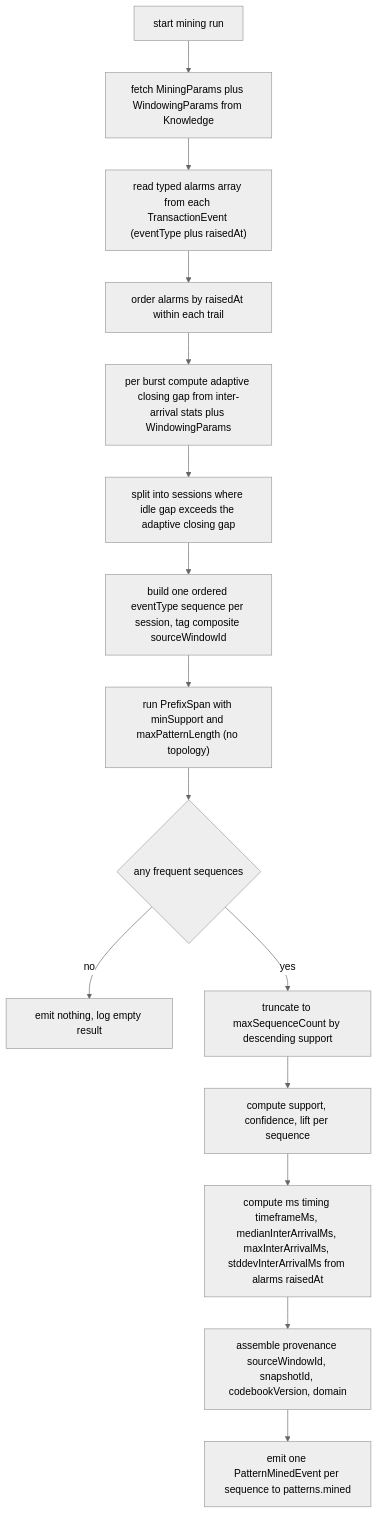
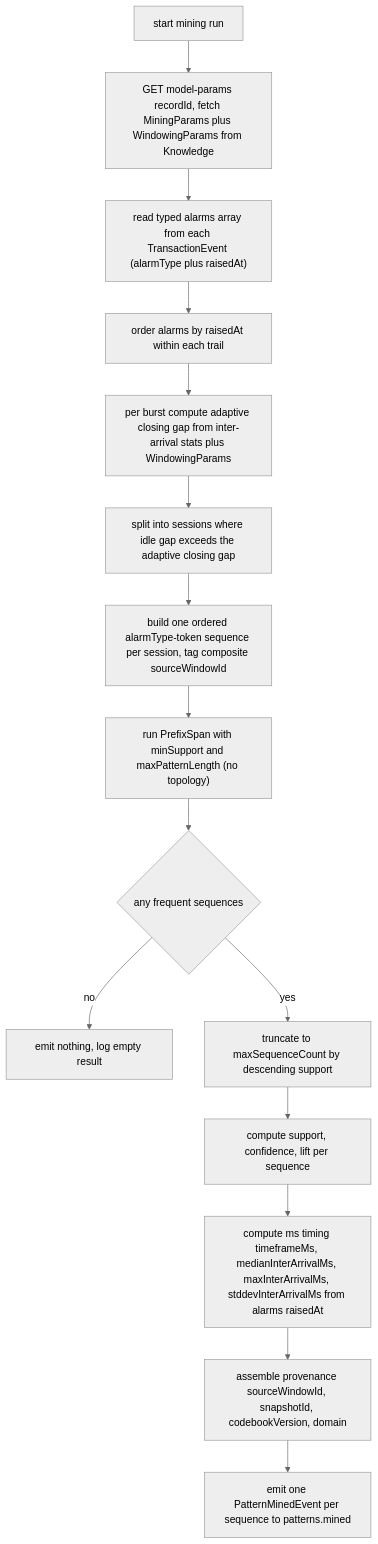
Before and after one commit to nikhilmohan/correlation-platform: the fourth of 4 diagrams in services/pattern-miner/design.md, drawn with Mermaid (neutral theme). The commit also changed other lines of this file and 1 other file, not shown here.

First line of the commit message:
design(pattern-miner): mine sequence from alarmType, six-field alarms[], pin Knowledge endpoint

````diff
--- a/services/pattern-miner/design.md
+++ b/services/pattern-miner/design.md
@@ -247,17 +268,17 @@
 ```mermaid
 flowchart TD
-  S["start mining run"] --> P["fetch MiningParams plus WindowingParams from Knowledge"]
-  P --> READ["read typed alarms array from each TransactionEvent (eventType plus raisedAt)"]
+  S["start mining run"] --> P["GET model-params recordId, fetch MiningParams plus WindowingParams from Knowledge"]
+  P --> READ["read typed alarms array from each TransactionEvent (alarmType plus raisedAt)"]
   READ --> ORD["order alarms by raisedAt within each trail"]
   ORD --> GAP["per burst compute adaptive closing gap from inter-arrival stats plus WindowingParams"]
   GAP --> SESS["split into sessions where idle gap exceeds the adaptive closing gap"]
-  SESS --> SEQ["build one ordered eventType sequence per session, tag composite sourceWindowId"]
+  SESS --> SEQ["build one ordered alarmType-token sequence per session, tag composite sourceWindowId"]
   SEQ --> PSPAN["run PrefixSpan with minSupport and maxPatternLength (no topology)"]
   PSPAN --> FREQ{"any frequent sequences"}
   FREQ -- no --> DONE["emit nothing, log empty result"]
   FREQ -- yes --> CAP["truncate to maxSequenceCount by descending support"]
   CAP --> METR["compute support, confidence, lift per sequence"]
   METR --> TIM["compute ms timing timeframeMs, medianInterArrivalMs, maxInterArrivalMs, stddevInterArrivalMs from alarms raisedAt"]
   TIM --> PROV["assemble provenance sourceWindowId, snapshotId, codebookVersion, domain"]
   PROV --> EMIT["emit one PatternMinedEvent per sequence to patterns.mined"]
 ```
````
